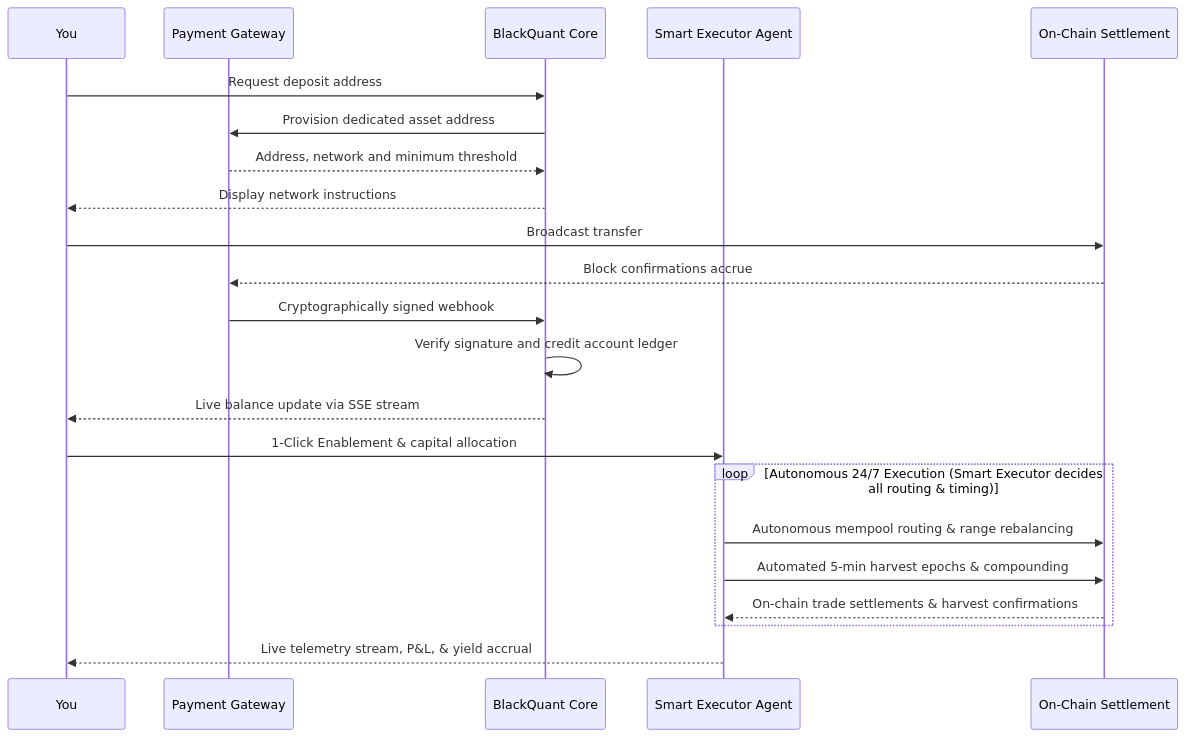
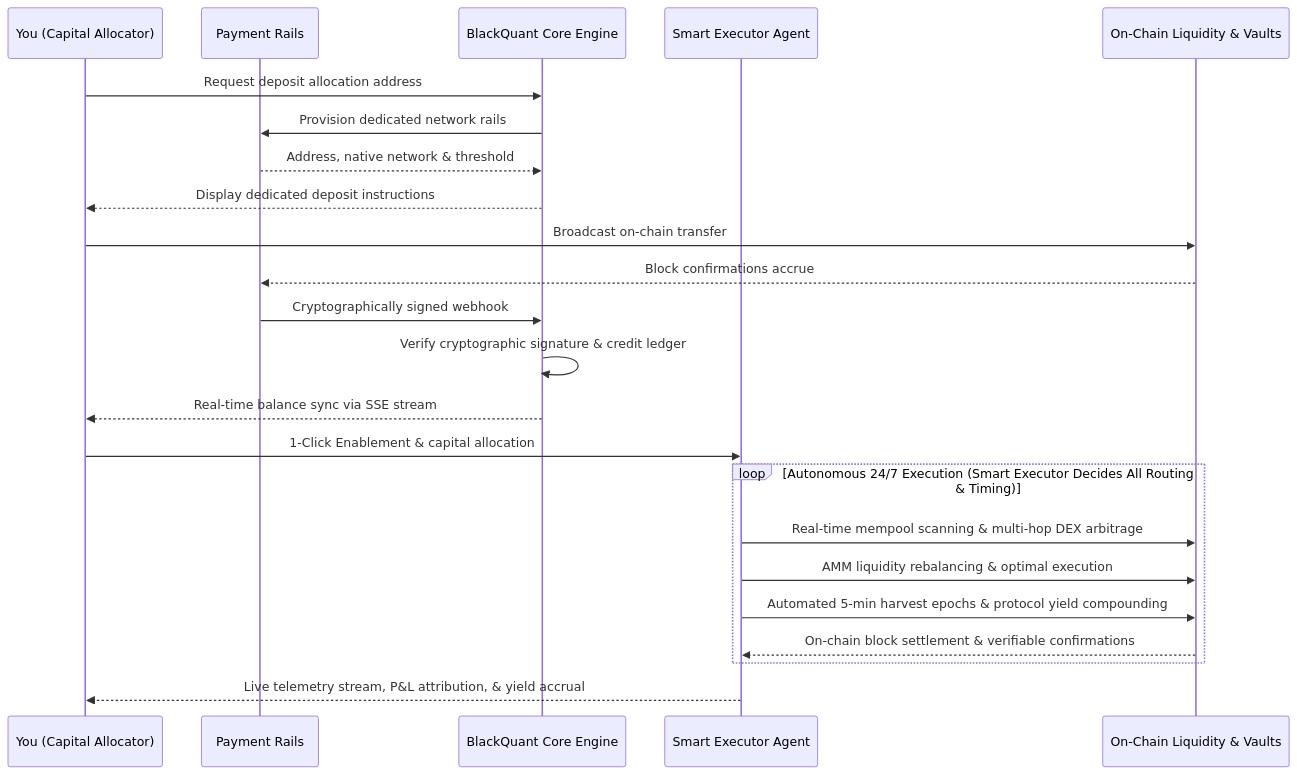
Before and after one commit to rempprandy/docs: the diagram in introduction/how-it-works.mdx, drawn with Mermaid. The commit also changed other lines of this file, not shown here.

Commit message:
docs(how-it-works): elevate Smart Executor architecture with institutional quantitative depth

````diff
--- a/introduction/how-it-works.mdx
+++ b/introduction/how-it-works.mdx
@@ -10,25 +12,26 @@
 ```mermaid
 sequenceDiagram
-    participant U as You
-    participant NP as Payment Gateway
-    participant BQ as BlackQuant Core
+    participant U as You (Capital Allocator)
+    participant NP as Payment Rails
+    participant BQ as BlackQuant Core Engine
     participant SE as Smart Executor Agent
-    participant CH as On-Chain Settlement
+    participant CH as On-Chain Liquidity & Vaults
 
-    U->>BQ: Request deposit address
-    BQ->>NP: Provision dedicated asset address
-    NP-->>BQ: Address, network and minimum threshold
-    BQ-->>U: Display network instructions
-    U->>CH: Broadcast transfer
+    U->>BQ: Request deposit allocation address
+    BQ->>NP: Provision dedicated network rails
+    NP-->>BQ: Address, native network & threshold
+    BQ-->>U: Display dedicated deposit instructions
+    U->>CH: Broadcast on-chain transfer
     CH-->>NP: Block confirmations accrue
     NP->>BQ: Cryptographically signed webhook
-    BQ->>BQ: Verify signature and credit account ledger
-    BQ-->>U: Live balance update via SSE stream
+    BQ->>BQ: Verify cryptographic signature & credit ledger
+    BQ-->>U: Real-time balance sync via SSE stream
     U->>SE: 1-Click Enablement & capital allocation
-    loop Autonomous 24/7 Execution (Smart Executor decides all routing & timing)
-        SE->>CH: Autonomous mempool routing & range rebalancing
-        SE->>CH: Automated 5-min harvest epochs & compounding
-        CH-->>SE: On-chain trade settlements & harvest confirmations
+    loop Autonomous 24/7 Execution (Smart Executor Decides All Routing & Timing)
+        SE->>CH: Real-time mempool scanning & multi-hop DEX arbitrage
+        SE->>CH: AMM liquidity rebalancing & optimal execution
+        SE->>CH: Automated 5-min harvest epochs & protocol yield compounding
+        CH-->>SE: On-chain block settlement & verifiable confirmations
     end
-    SE-->>U: Live telemetry stream, P&L, & yield accrual
+    SE-->>U: Live telemetry stream, P&L attribution, & yield accrual
 ```
````
